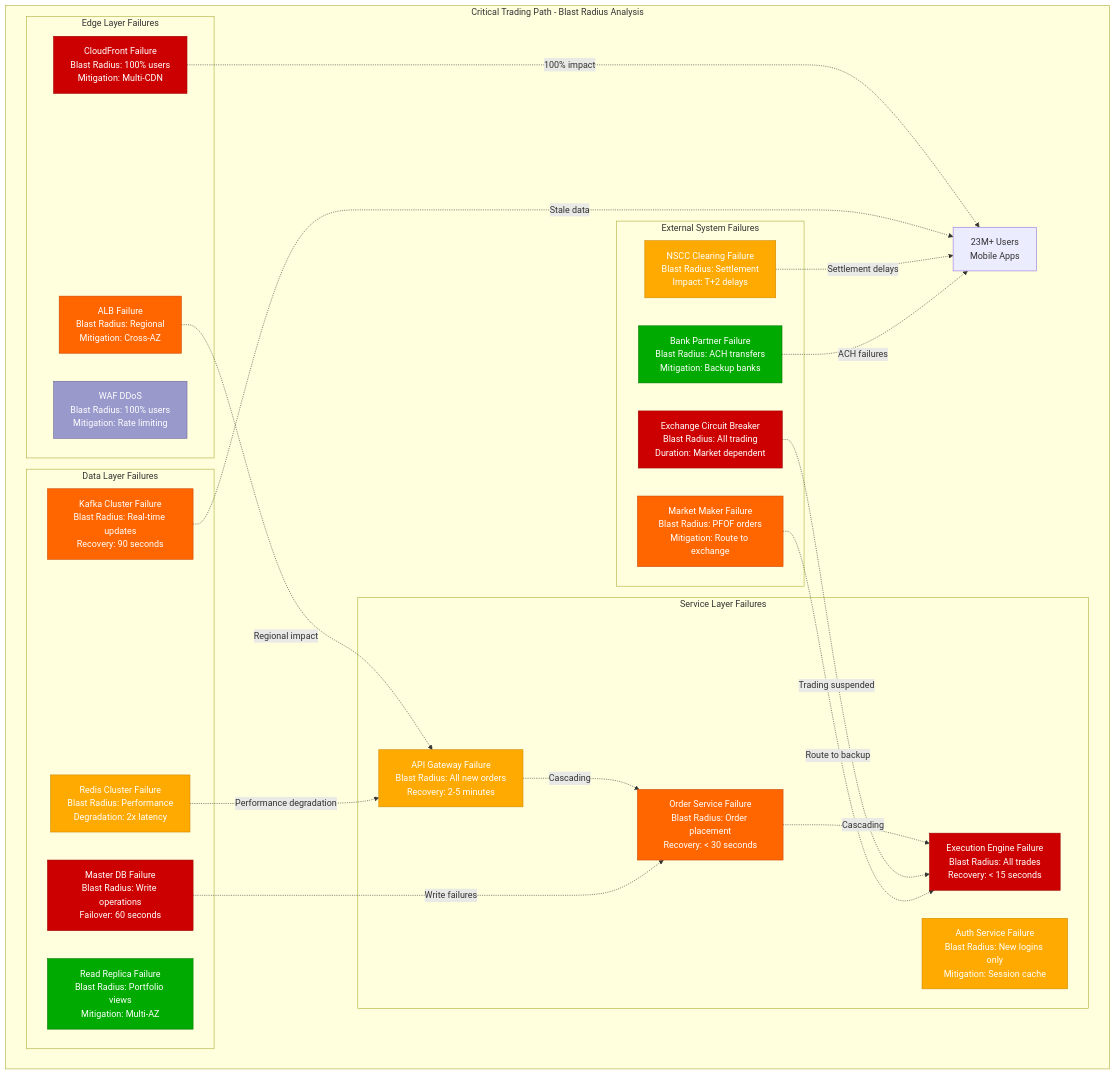
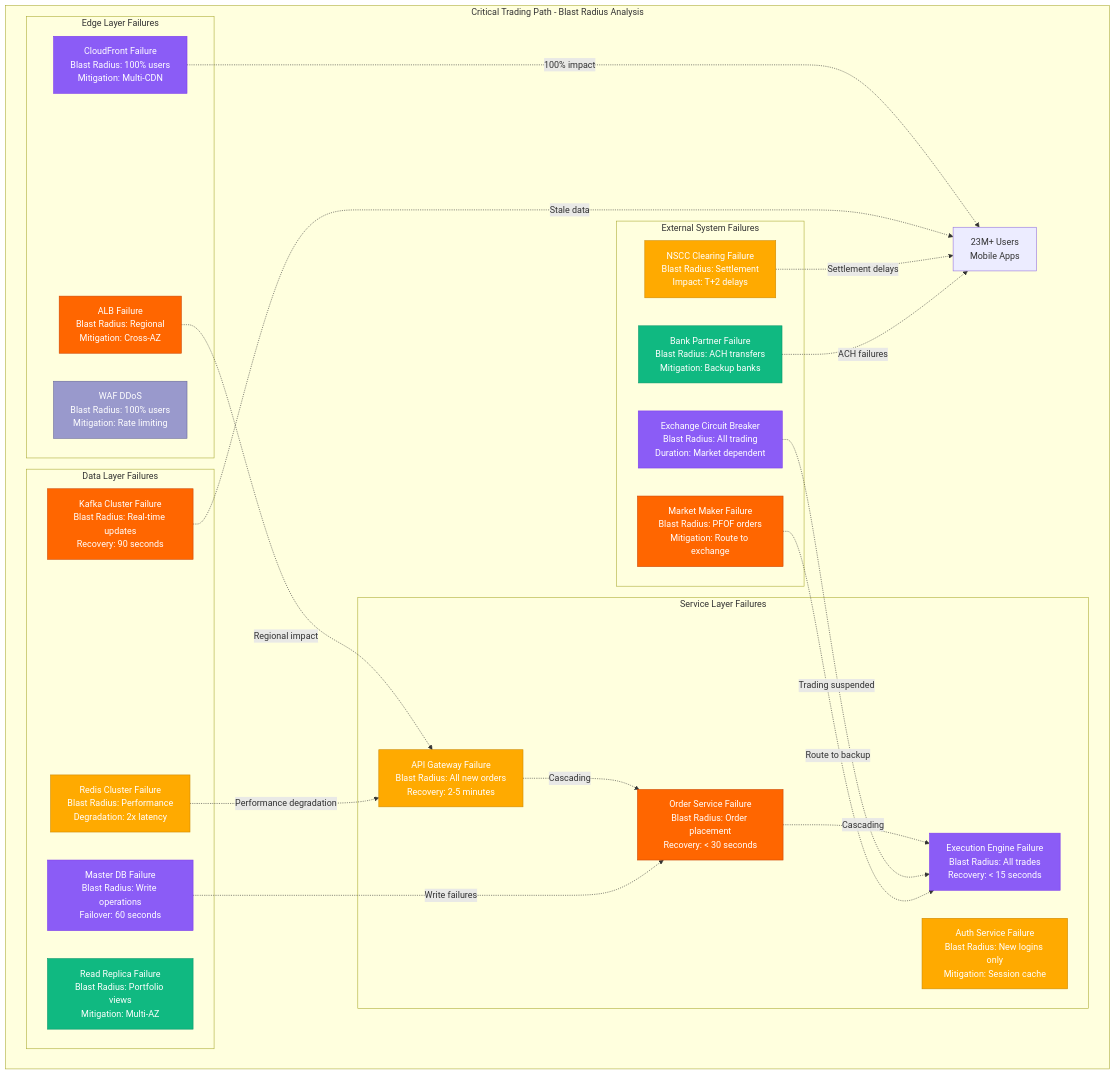
The first of 8 diagrams in site/docs/systems/robinhood/04-failure-domains.md (deepaucksharma/DS), drawn with Mermaid before and after one commit. The commit also changed other lines of this file and 187 other files, not shown here.

````diff
--- a/site/docs/systems/robinhood/04-failure-domains.md
+++ b/site/docs/systems/robinhood/04-failure-domains.md
@@ -7,60 +7,60 @@
 ```mermaid
 graph TB
     subgraph CriticalPath[Critical Trading Path - Blast Radius Analysis]
         USER[23M+ Users<br/>Mobile Apps]
 
         subgraph EdgeFailures[Edge Layer Failures]
             CDN_FAIL[CloudFront Failure<br/>Blast Radius: 100% users<br/>Mitigation: Multi-CDN]
             ALB_FAIL[ALB Failure<br/>Blast Radius: Regional<br/>Mitigation: Cross-AZ]
             WAF_FAIL[WAF DDoS<br/>Blast Radius: 100% users<br/>Mitigation: Rate limiting]
         end
 
         subgraph ServiceFailures[Service Layer Failures]
             API_FAIL[API Gateway Failure<br/>Blast Radius: All new orders<br/>Recovery: 2-5 minutes]
             AUTH_FAIL[Auth Service Failure<br/>Blast Radius: New logins only<br/>Mitigation: Session cache]
             ORDER_FAIL[Order Service Failure<br/>Blast Radius: Order placement<br/>Recovery: < 30 seconds]
             EXEC_FAIL[Execution Engine Failure<br/>Blast Radius: All trades<br/>Recovery: < 15 seconds]
         end
 
         subgraph DataFailures[Data Layer Failures]
             DB_MASTER_FAIL[Master DB Failure<br/>Blast Radius: Write operations<br/>Failover: 60 seconds]
             DB_REPLICA_FAIL[Read Replica Failure<br/>Blast Radius: Portfolio views<br/>Mitigation: Multi-AZ]
             REDIS_FAIL[Redis Cluster Failure<br/>Blast Radius: Performance<br/>Degradation: 2x latency]
             KAFKA_FAIL[Kafka Cluster Failure<br/>Blast Radius: Real-time updates<br/>Recovery: 90 seconds]
         end
 
         subgraph ExternalFailures[External System Failures]
             EXCHANGE_HALT[Exchange Circuit Breaker<br/>Blast Radius: All trading<br/>Duration: Market dependent]
             MM_FAIL[Market Maker Failure<br/>Blast Radius: PFOF orders<br/>Mitigation: Route to exchange]
             CLEARING_FAIL[NSCC Clearing Failure<br/>Blast Radius: Settlement<br/>Impact: T+2 delays]
             BANK_FAIL[Bank Partner Failure<br/>Blast Radius: ACH transfers<br/>Mitigation: Backup banks]
         end
     end
 
     %% Failure propagation paths
     CDN_FAIL -.->|100% impact| USER
     ALB_FAIL -.->|Regional impact| API_FAIL
     API_FAIL -.->|Cascading| ORDER_FAIL
     ORDER_FAIL -.->|Cascading| EXEC_FAIL
     DB_MASTER_FAIL -.->|Write failures| ORDER_FAIL
     REDIS_FAIL -.->|Performance degradation| API_FAIL
     KAFKA_FAIL -.->|Stale data| USER
 
     %% External failure impacts
     EXCHANGE_HALT -.->|Trading suspended| EXEC_FAIL
     MM_FAIL -.->|Route to backup| EXEC_FAIL
     CLEARING_FAIL -.->|Settlement delays| USER
     BANK_FAIL -.->|ACH failures| USER
 
-    classDef criticalStyle fill:#CC0000,stroke:#990000,color:#fff
+    classDef criticalStyle fill:#8B5CF6,stroke:#7C3AED,color:#fff
     classDef highStyle fill:#FF6600,stroke:#CC4400,color:#fff
     classDef mediumStyle fill:#FFAA00,stroke:#CC8800,color:#fff
-    classDef lowStyle fill:#00AA00,stroke:#007700,color:#fff
+    classDef lowStyle fill:#10B981,stroke:#059669,color:#fff
     classDef externalStyle fill:#9999CC,stroke:#666699,color:#fff
 
     class CDN_FAIL,EXEC_FAIL,DB_MASTER_FAIL,EXCHANGE_HALT criticalStyle
     class ALB_FAIL,ORDER_FAIL,KAFKA_FAIL,MM_FAIL highStyle
     class API_FAIL,AUTH_FAIL,REDIS_FAIL,CLEARING_FAIL mediumStyle
     class DB_REPLICA_FAIL,BANK_FAIL lowStyle
     class WAF_FAIL externalStyle
 ```
````
